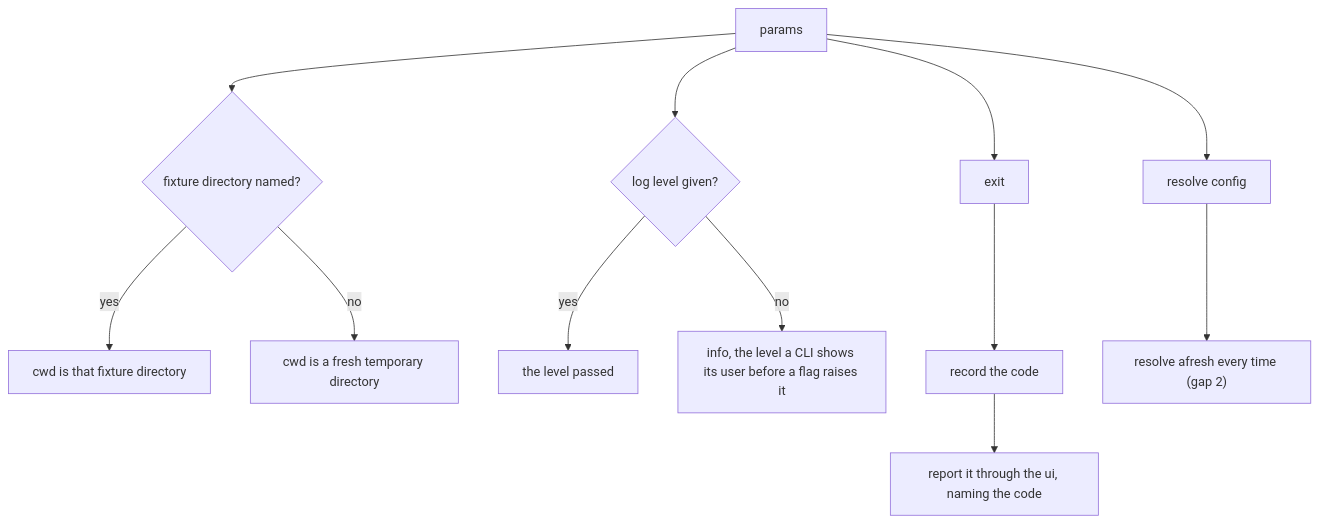
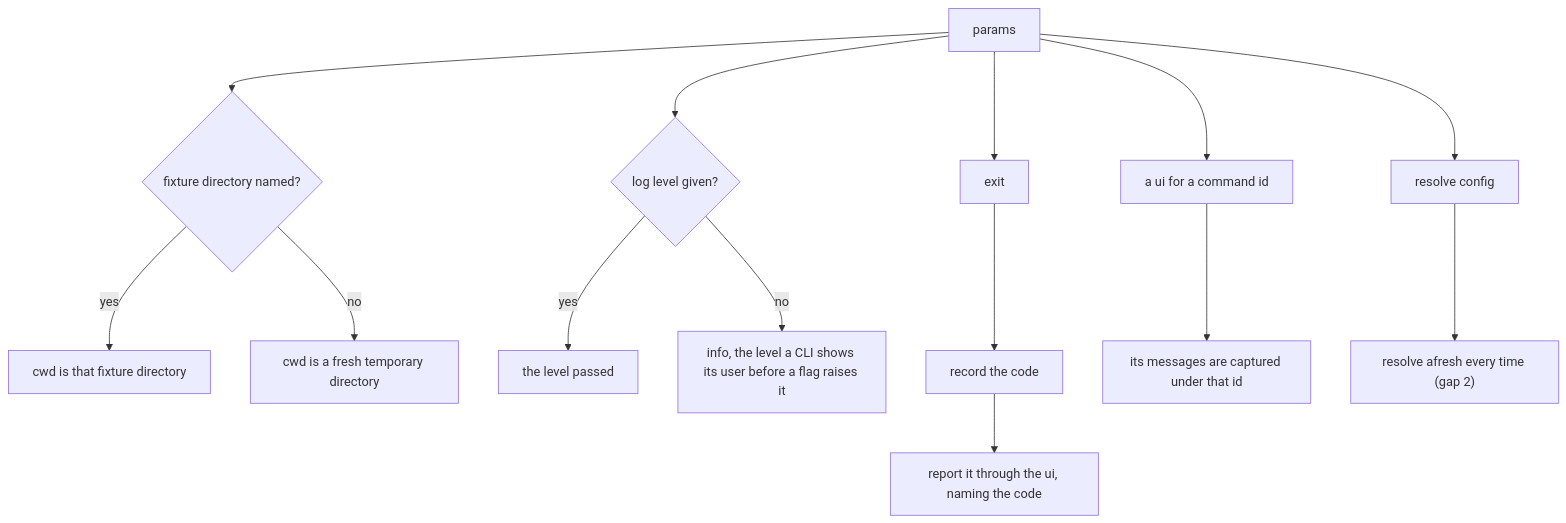
Before and after one commit to clibuilder/clibuilder: the third of 4 diagrams in packages/clibuilder/.agents/spec/testing/README.md, drawn with Mermaid. The commit also changed other lines of this file, not shown here.

First line of the commit message:
docs(clibuilder): draw createCommandUI, and say why a codeless exit is unspecified

````diff
--- a/packages/clibuilder/.agents/spec/testing/README.md
+++ b/packages/clibuilder/.agents/spec/testing/README.md
@@ -206,11 +205,12 @@
 ```mermaid
 graph TD
   M[params] --> FD{fixture directory named?}
   FD -- yes --> FX[cwd is that fixture directory]
   FD -- no --> TMP[cwd is a fresh temporary directory]
   M --> LL{log level given?}
   LL -- yes --> LLU[the level passed]
   LL -- no --> LLD[info, the level a CLI shows its user before a flag raises it]
   M --> X[exit] --> REC[record the code] --> RPTC[report it through the ui, naming the code]
+  M --> CUI[a ui for a command id] --> CUIN[its messages are captured under that id]
   M --> RC[resolve config] --> FRESH["resolve afresh every time (gap 2)"]
 ```
````
